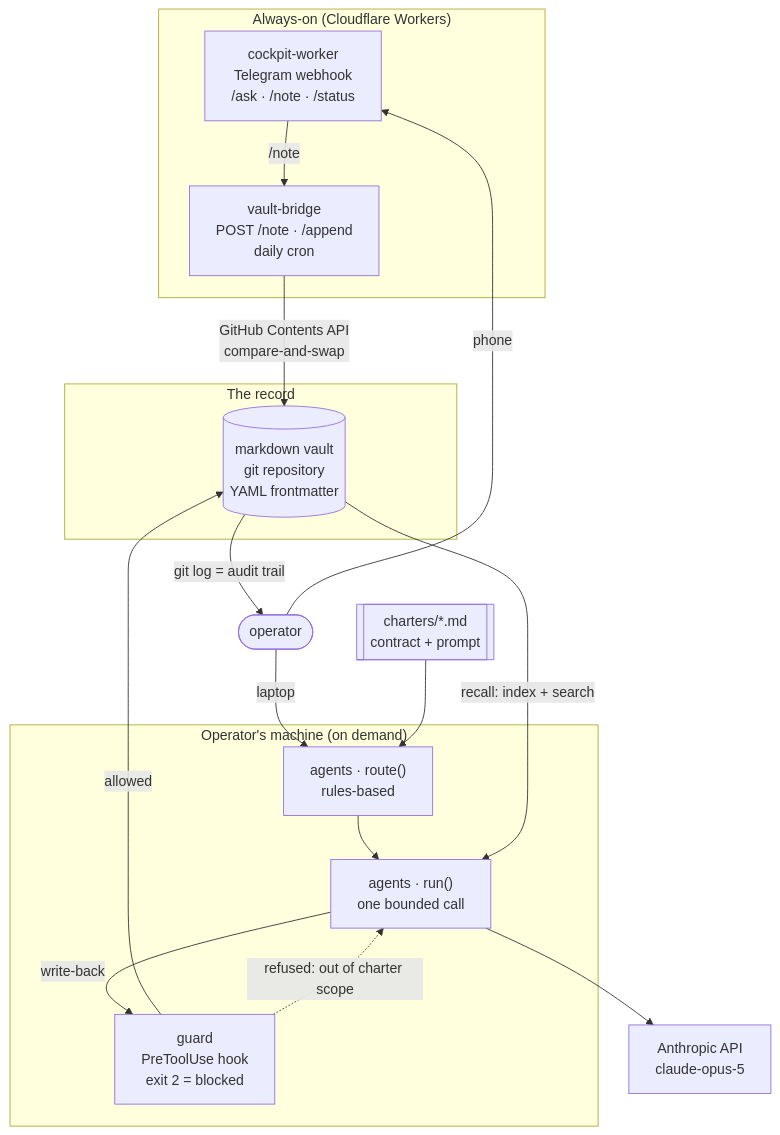
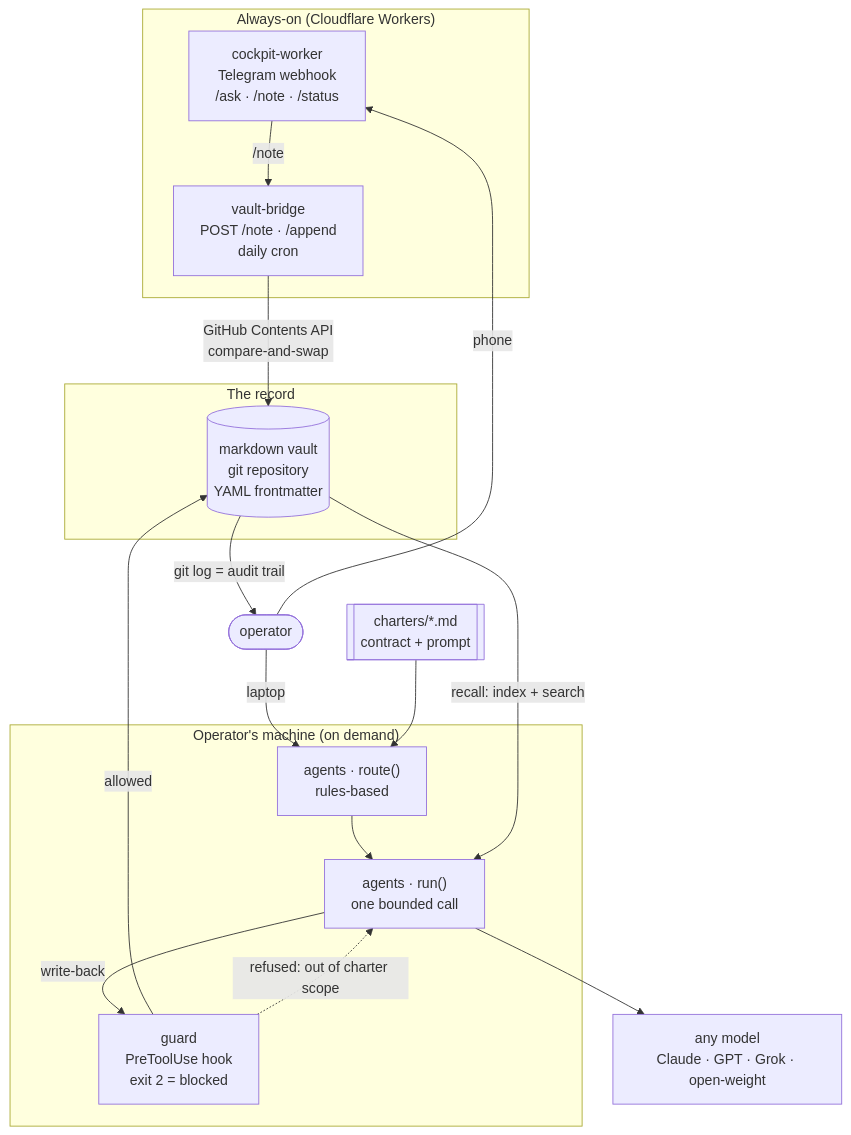
The first of 3 diagrams in docs/architecture.md (gladkiandrew/amagna-intelligence), drawn with Mermaid before and after one commit. The commit also changed 17 other files, not shown here.

First line of the commit message:
Model-agnostic transports: any model via LLM_PROVIDER

````diff
--- a/docs/architecture.md
+++ b/docs/architecture.md
@@ -6,36 +6,36 @@
 ```mermaid
 flowchart TB
     subgraph edge["Always-on (Cloudflare Workers)"]
         cockpit["cockpit-worker<br/>Telegram webhook<br/>/ask · /note · /status"]
         bridge["vault-bridge<br/>POST /note · /append<br/>daily cron"]
     end
 
     subgraph host["Operator's machine (on demand)"]
         router["agents · route()<br/>rules-based"]
         runner["agents · run()<br/>one bounded call"]
         guard["guard<br/>PreToolUse hook<br/>exit 2 = blocked"]
     end
 
     subgraph truth["The record"]
         vault[("markdown vault<br/>git repository<br/>YAML frontmatter")]
     end
 
-    api["Anthropic API<br/>claude-opus-5"]
+    api["any model<br/>Claude · GPT · Grok · open-weight"]
     charters[["charters/*.md<br/>contract + prompt"]]
 
     operator(["operator"]) -->|phone| cockpit
     operator -->|laptop| router
 
     cockpit -->|"/note"| bridge
     bridge -->|"GitHub Contents API<br/>compare-and-swap"| vault
 
     charters --> router
     router --> runner
     vault -->|"recall: index + search"| runner
     runner --> api
     runner -->|"write-back"| guard
     guard -->|allowed| vault
     guard -.->|"refused: out of charter scope"| runner
 
     vault -->|"git log = audit trail"| operator
 ```
````
